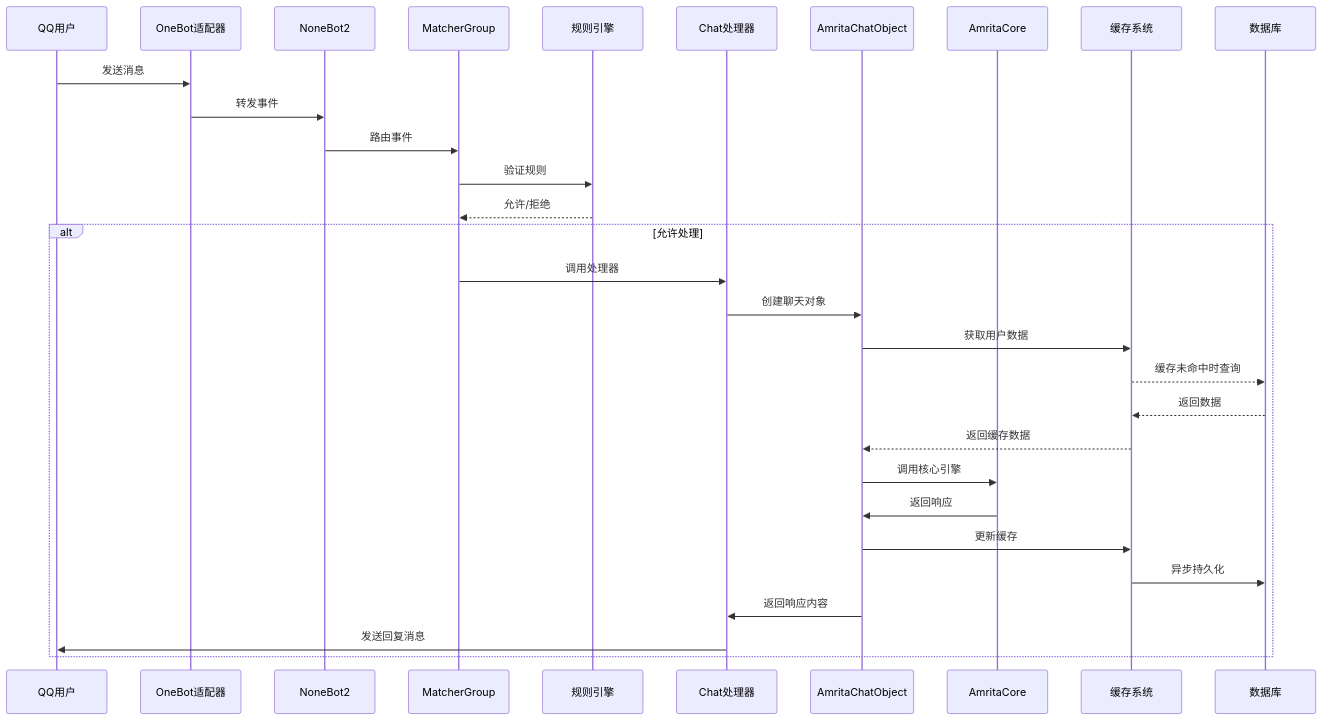
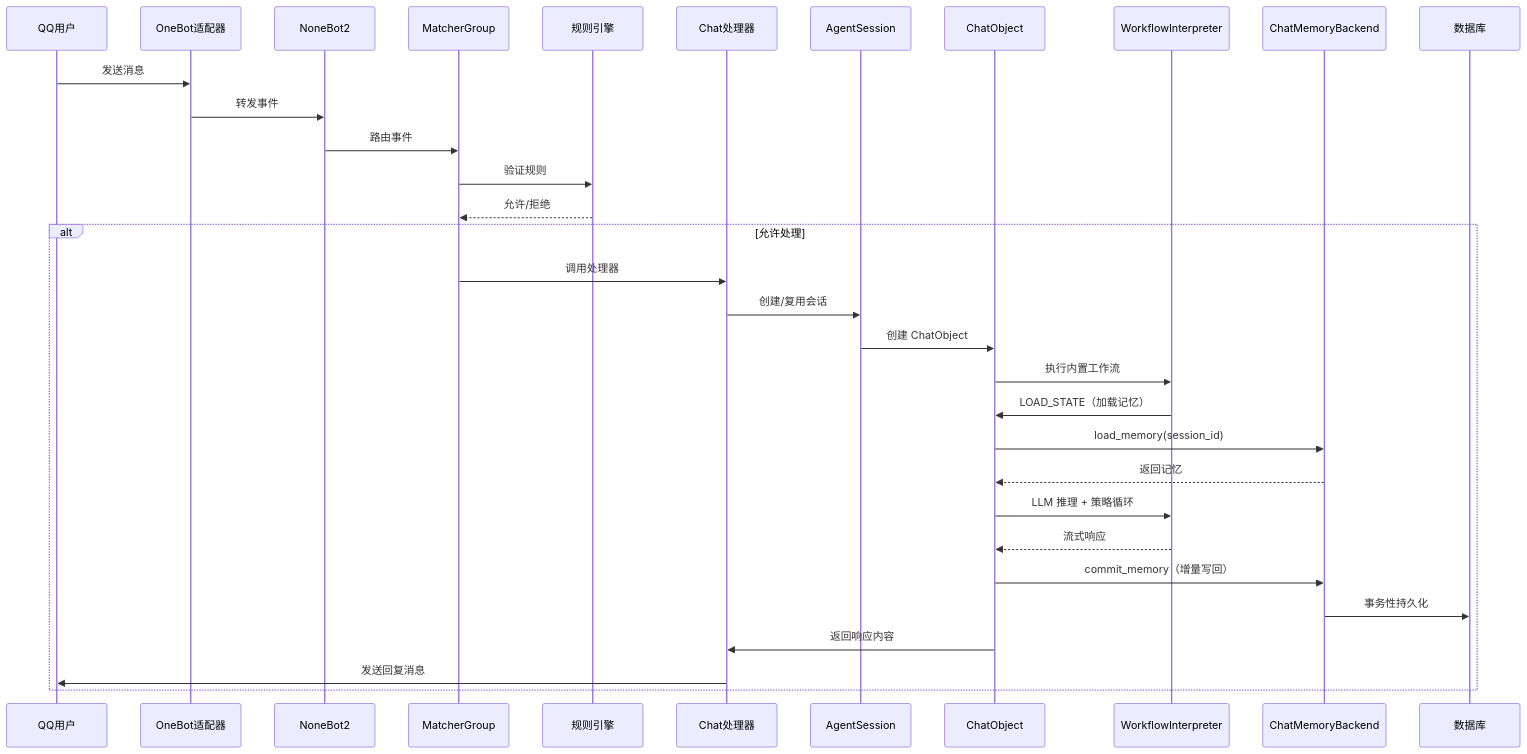
One commit to AmritaBot/amrita-docs changed the third of 5 diagrams in docs/amrita/advanced/architecture.md. Above: the diagram before and after it, drawn with Mermaid. The commit also changed other lines of this file and 16 other files, not shown here.

Commit message:
docs: update architecture layers and chat segmentation config

````diff
--- a/docs/amrita/advanced/architecture.md
+++ b/docs/amrita/advanced/architecture.md
@@ -127,33 +126,35 @@
 ```mermaid
 sequenceDiagram
     participant User as QQ用户
     participant Adapter as OneBot适配器
     participant NoneBot as NoneBot2
     participant Matcher as MatcherGroup
     participant Rule as 规则引擎
     participant Chat as Chat处理器
-    participant Object as AmritaChatObject
-    participant Core as AmritaCore
-    participant Cache as 缓存系统
+    participant Session as AgentSession
+    participant Object as ChatObject
+    participant WF as WorkflowInterpreter
+    participant Backend as ChatMemoryBackend
     participant DB as 数据库
 
     User->>Adapter: 发送消息
     Adapter->>NoneBot: 转发事件
     NoneBot->>Matcher: 路由事件
     Matcher->>Rule: 验证规则
     Rule-->>Matcher: 允许/拒绝
     alt 允许处理
         Matcher->>Chat: 调用处理器
-        Chat->>Object: 创建聊天对象
-        Object->>Cache: 获取用户数据
-        Cache-->>DB: 缓存未命中时查询
-        DB-->>Cache: 返回数据
-        Cache-->>Object: 返回缓存数据
-        Object->>Core: 调用核心引擎
-        Core->>Object: 返回响应
-        Object->>Cache: 更新缓存
-        Cache->>DB: 异步持久化
+        Chat->>Session: 创建/复用会话
+        Session->>Object: 创建 ChatObject
+        Object->>WF: 执行内置工作流
+        WF->>Object: LOAD_STATE（加载记忆）
+        Object->>Backend: load_memory(session_id)
+        Backend-->>Object: 返回记忆
+        Object->>WF: LLM 推理 + 策略循环
+        WF-->>Object: 流式响应
+        Object->>Backend: commit_memory（增量写回）
+        Backend->>DB: 事务性持久化
         Object->>Chat: 返回响应内容
         Chat->>User: 发送回复消息
     end
 ```
````
